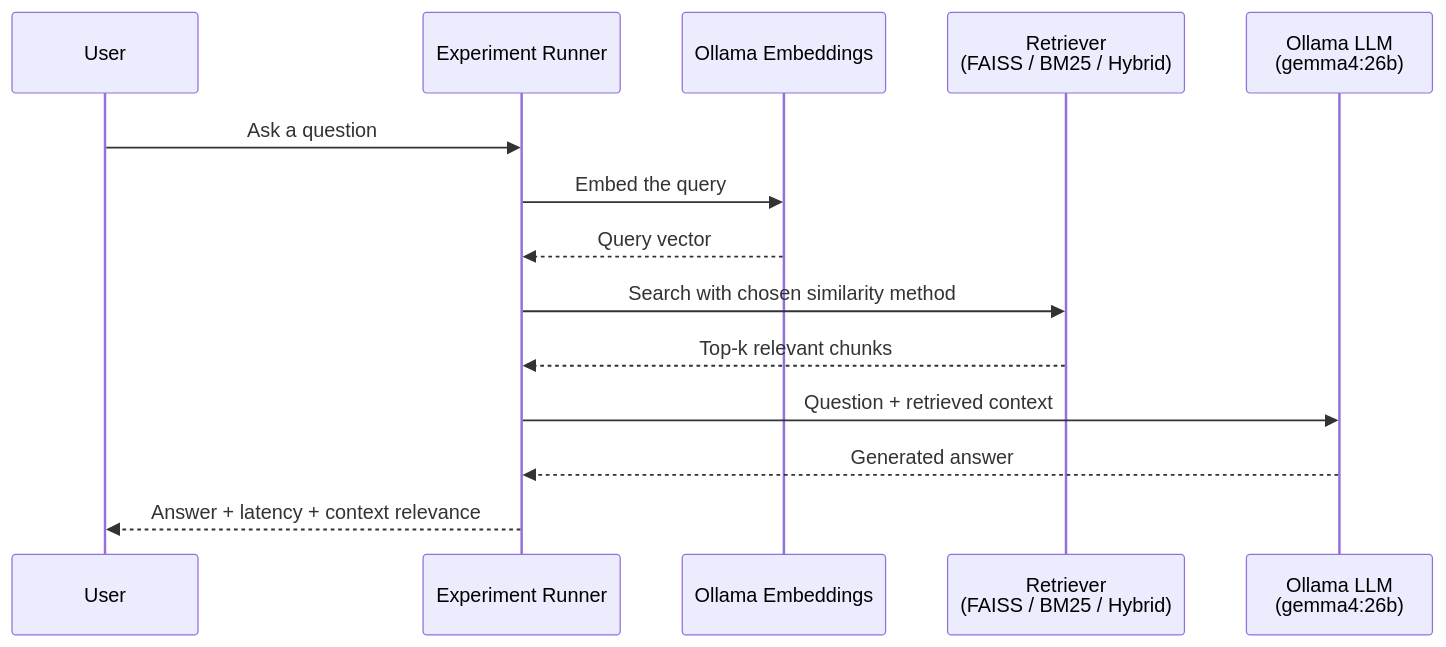
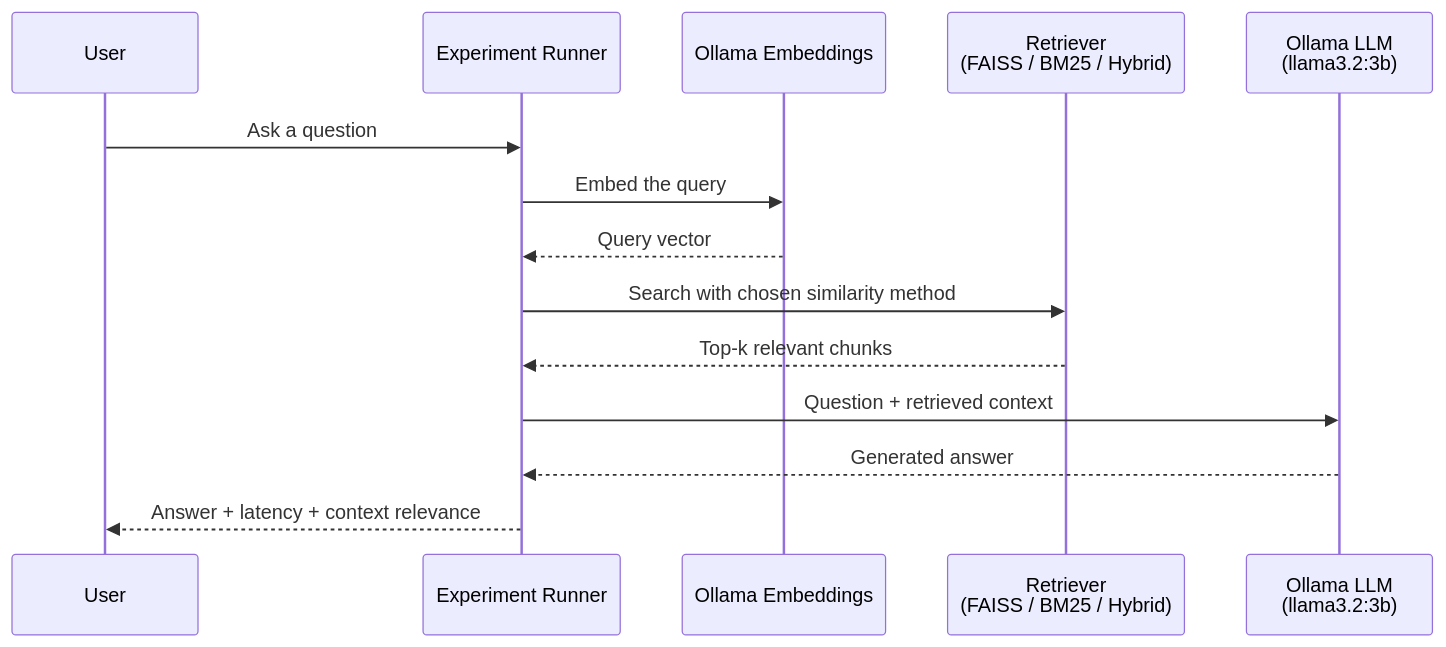
One commit to sty0331us/RAG_Experiment changed the second of 3 diagrams in Desktop/workspace/RAG_Experiment/README.md. Above: the diagram before and after it, drawn with Mermaid. The commit also changed other lines of this file and 18 other files, not shown here.

````diff
--- a/Desktop/workspace/RAG_Experiment/README.md
+++ b/Desktop/workspace/RAG_Experiment/README.md
@@ -54,17 +54,17 @@
 ```mermaid
 sequenceDiagram
     participant User
     participant Runner as Experiment Runner
     participant Emb as Ollama Embeddings
     participant Index as Retriever<br/>(FAISS / BM25 / Hybrid)
-    participant LLM as Ollama LLM<br/>(gemma4:26b)
+    participant LLM as Ollama LLM<br/>(llama3.2:3b)
 
     User->>Runner: Ask a question
     Runner->>Emb: Embed the query
     Emb-->>Runner: Query vector
     Runner->>Index: Search with chosen similarity method
     Index-->>Runner: Top-k relevant chunks
     Runner->>LLM: Question + retrieved context
     LLM-->>Runner: Generated answer
     Runner-->>User: Answer + latency + context relevance
 ```
````
